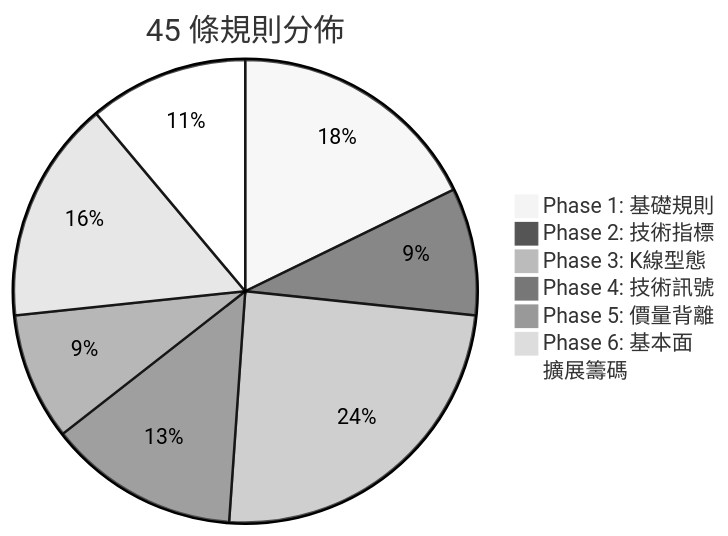
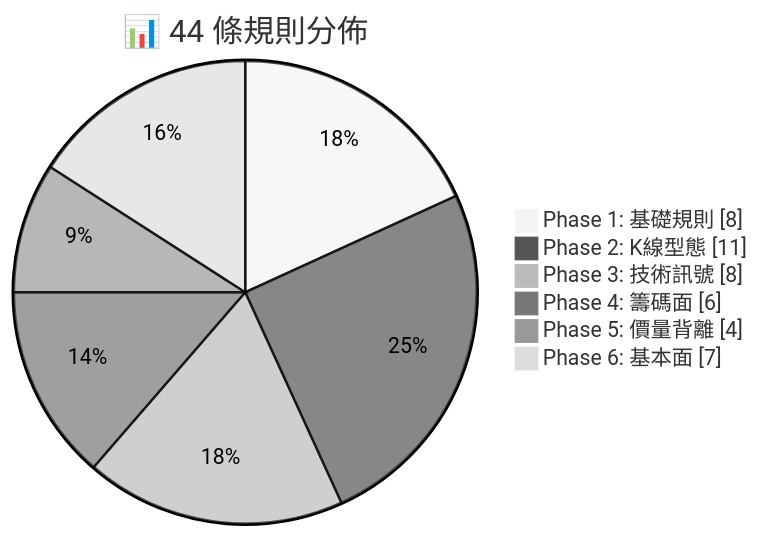
The second of 3 diagrams in docs/RULE_ENGINE.md (Neal75418/afterclose), drawn with Mermaid (neutral theme) before and after one commit. The commit also changed other lines of this file and 2 other files, not shown here.

First line of the commit message:
docs: 更新規則引擎文件與流程圖

````diff
--- a/docs/RULE_ENGINE.md
+++ b/docs/RULE_ENGINE.md
@@ -49,10 +50,9 @@
 ```mermaid
-pie title 45 條規則分佈
+pie showData title 📊 44 條規則分佈
     "Phase 1: 基礎規則" : 8
-    "Phase 2: 技術指標" : 4
-    "Phase 3: K線型態" : 11
-    "Phase 4: 技術訊號" : 6
+    "Phase 2: K線型態" : 11
+    "Phase 3: 技術訊號" : 8
+    "Phase 4: 籌碼面" : 6
     "Phase 5: 價量背離" : 4
     "Phase 6: 基本面" : 7
-    "擴展籌碼" : 5
 ```
````
